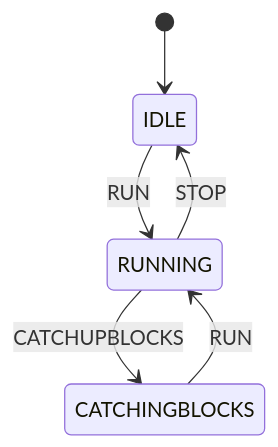
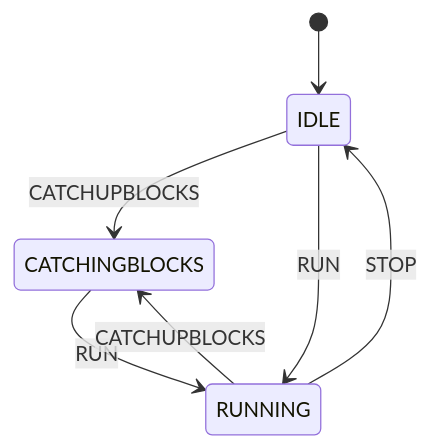
One commit to oskarszoon/teranode changed the diagram in docs/state-machine.diagram.md. Above: the diagram before and after it, drawn with Mermaid. The commit also changed other lines of this file and 11 other files, not shown here.

````diff
--- a/docs/state-machine.diagram.md
+++ b/docs/state-machine.diagram.md
@@ -5,8 +5,9 @@
 ```mermaid
 stateDiagram-v2
     [*] --> IDLE
     CATCHINGBLOCKS --> RUNNING: RUN
+    IDLE --> CATCHINGBLOCKS: CATCHUPBLOCKS
     IDLE --> RUNNING: RUN
     RUNNING --> CATCHINGBLOCKS: CATCHUPBLOCKS
     RUNNING --> IDLE: STOP
 ```
````
